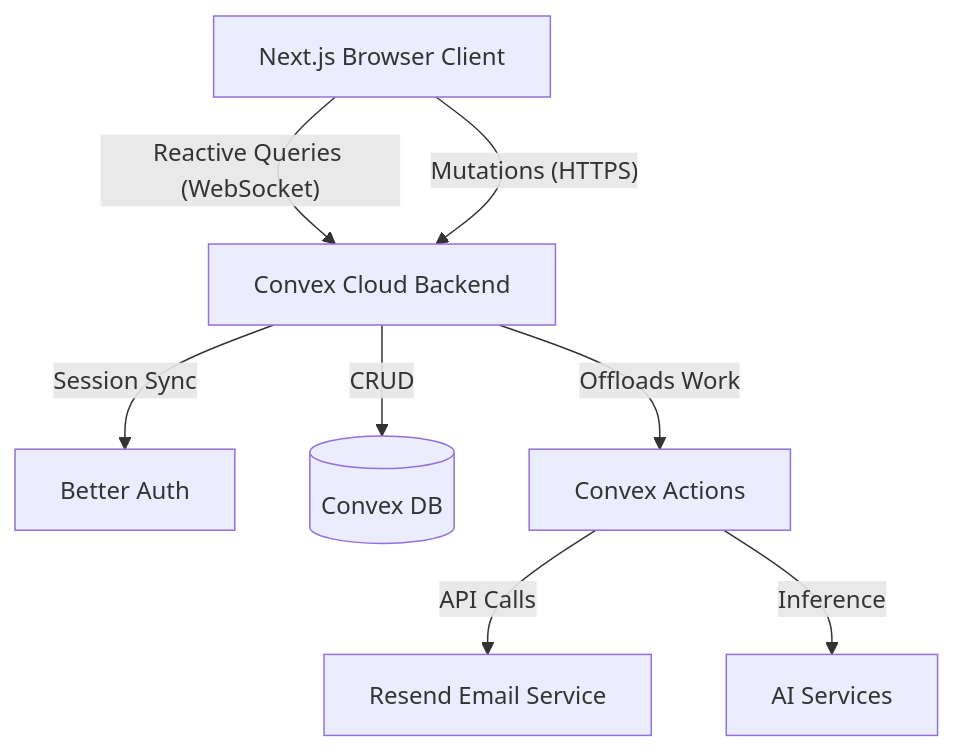
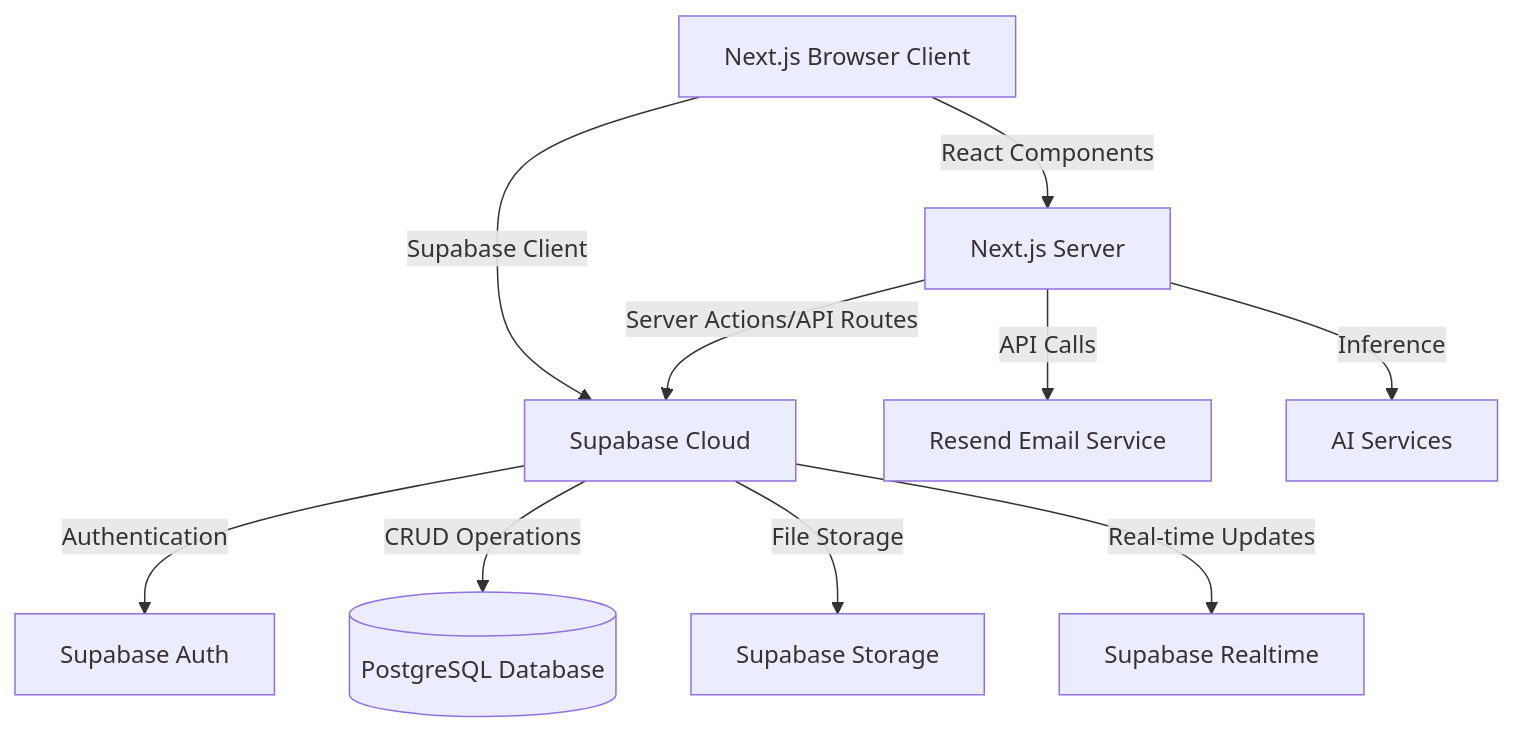
The diagram in docs/ARCHITECTURE.md (CareO-HQ/careo), drawn with Mermaid before and after one commit. The commit also changed other lines of this file and 175 other files, not shown here.

````diff
--- a/docs/ARCHITECTURE.md
+++ b/docs/ARCHITECTURE.md
@@ -27,18 +27,22 @@
 ```mermaid
 graph TD
     Client[Next.js Browser Client]
-    Convex[Convex Cloud Backend]
-    BA[Better Auth]
-    DB[(Convex DB)]
-    Actions[Convex Actions]
+    NextJS[Next.js Server]
+    Supabase[Supabase Cloud]
+    Auth[Supabase Auth]
+    DB[(PostgreSQL Database)]
+    Storage[Supabase Storage]
+    Realtime[Supabase Realtime]
     Resend[Resend Email Service]
     AI[AI Services]
 
-    Client -- "Reactive Queries (WebSocket)" --> Convex
-    Client -- "Mutations (HTTPS)" --> Convex
-    Convex -- "Session Sync" --> BA
-    Convex -- "CRUD" --> DB
-    Convex -- "Offloads Work" --> Actions
-    Actions -- "API Calls" --> Resend
-    Actions -- "Inference" --> AI
+    Client -- "React Components" --> NextJS
+    Client -- "Supabase Client" --> Supabase
+    NextJS -- "Server Actions/API Routes" --> Supabase
+    Supabase -- "Authentication" --> Auth
+    Supabase -- "CRUD Operations" --> DB
+    Supabase -- "File Storage" --> Storage
+    Supabase -- "Real-time Updates" --> Realtime
+    NextJS -- "API Calls" --> Resend
+    NextJS -- "Inference" --> AI
 ```
````
